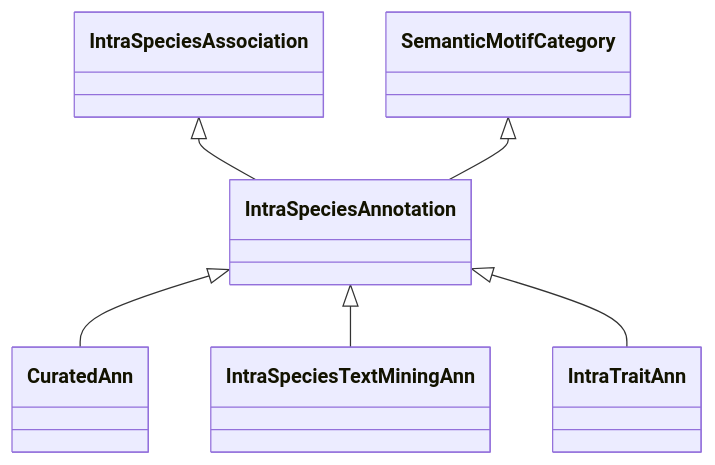
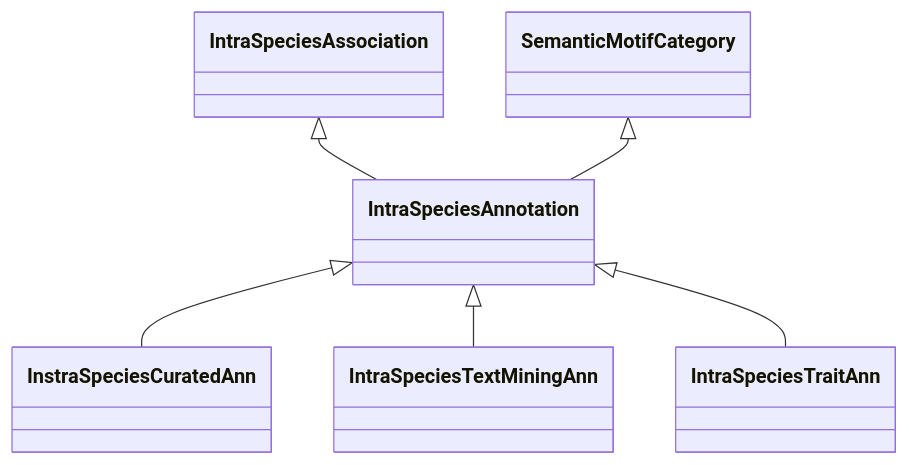
The diagram in semantic-motif-taxonomy/knet-motif-categories-doc/IntraSpeciesAnnotation.md (KnetMiner/knetminer-schemas), drawn with Mermaid before and after one commit. The commit also changed other lines of this file and 29 other files, not shown here.

````diff
--- a/semantic-motif-taxonomy/knet-motif-categories-doc/IntraSpeciesAnnotation.md
+++ b/semantic-motif-taxonomy/knet-motif-categories-doc/IntraSpeciesAnnotation.md
@@ -25,20 +25,20 @@
 ```mermaid
  classDiagram
     class IntraSpeciesAnnotation
     click IntraSpeciesAnnotation href "../IntraSpeciesAnnotation"
       IntraSpeciesAssociation <|-- IntraSpeciesAnnotation
         click IntraSpeciesAssociation href "../IntraSpeciesAssociation"
       SemanticMotifCategory <|-- IntraSpeciesAnnotation
         click SemanticMotifCategory href "../SemanticMotifCategory"
       
 
-      IntraSpeciesAnnotation <|-- CuratedAnn
-        click CuratedAnn href "../CuratedAnn"
+      IntraSpeciesAnnotation <|-- InstraSpeciesCuratedAnn
+        click InstraSpeciesCuratedAnn href "../InstraSpeciesCuratedAnn"
       IntraSpeciesAnnotation <|-- IntraSpeciesTextMiningAnn
         click IntraSpeciesTextMiningAnn href "../IntraSpeciesTextMiningAnn"
-      IntraSpeciesAnnotation <|-- IntraTraitAnn
-        click IntraTraitAnn href "../IntraTraitAnn"
+      IntraSpeciesAnnotation <|-- IntraSpeciesTraitAnn
+        click IntraSpeciesTraitAnn href "../IntraSpeciesTraitAnn"
       
       
       
 ```
````
